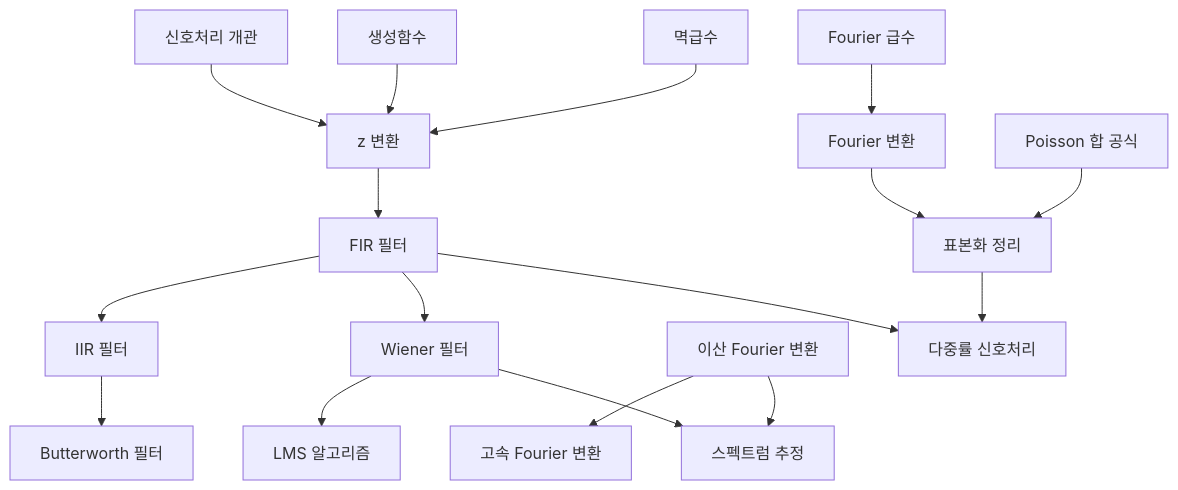
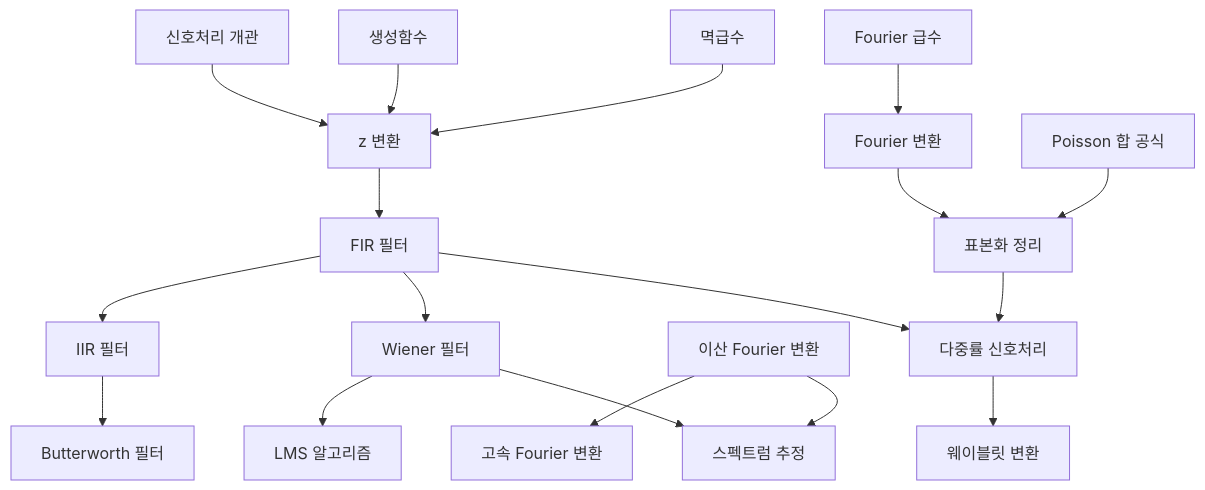
Before and after one commit to Phryxia/math-map: the diagram in docs/signal-processing-overview.md, drawn with Mermaid. The commit also changed other lines of this file and 4 other files, not shown here.

````diff
--- a/docs/signal-processing-overview.md
+++ b/docs/signal-processing-overview.md
@@ -11,19 +11,20 @@
 ```mermaid
 graph TD
   SPO["신호처리 개관"] --> ZT["z 변환"]
   GF["생성함수"] --> ZT
   PS["멱급수"] --> ZT
   ZT --> FIR["FIR 필터"]
   FIR --> IIR["IIR 필터"]
   IIR --> BW["Butterworth 필터"]
   FIR --> WF["Wiener 필터"]
   WF --> LMS["LMS 알고리즘"]
   FS["Fourier 급수"] --> FT["Fourier 변환"]
   FT --> ST["표본화 정리"]
   PSF["Poisson 합 공식"] --> ST
   DFT["이산 Fourier 변환"] --> FFT["고속 Fourier 변환"]
   DFT --> SE["스펙트럼 추정"]
   WF --> SE
   ST --> MR["다중률 신호처리"]
   FIR --> MR
+  MR --> WT["웨이블릿 변환"]
 ```
````
